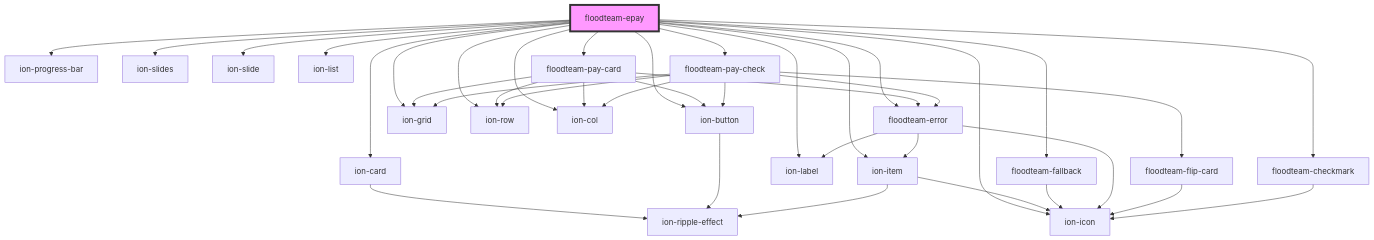
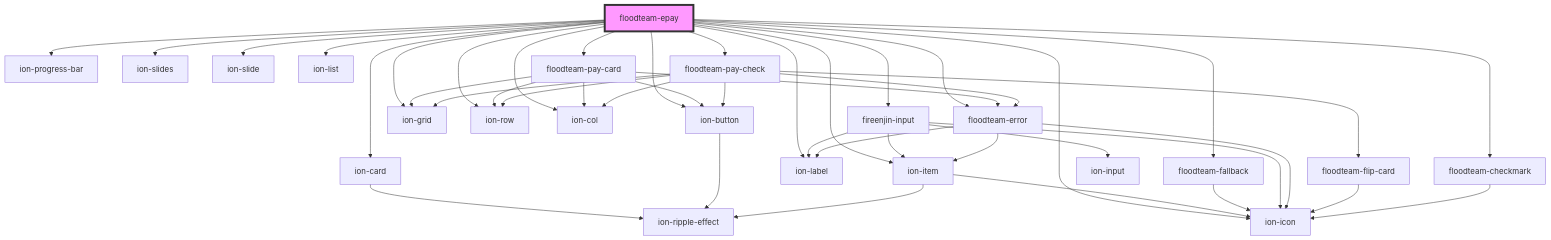
The diagram in src/components/epay/readme.md (FloodTeam/components), drawn with Mermaid before and after one commit. The commit also changed other lines of this file and 8 other files, not shown here.

````diff
--- a/src/components/epay/readme.md
+++ b/src/components/epay/readme.md
@@ -112,42 +113,47 @@
 ```mermaid
 graph TD;
   floodteam-epay --> ion-card
   floodteam-epay --> ion-button
   floodteam-epay --> ion-icon
   floodteam-epay --> ion-progress-bar
   floodteam-epay --> ion-slides
   floodteam-epay --> ion-slide
   floodteam-epay --> ion-grid
   floodteam-epay --> ion-row
   floodteam-epay --> ion-col
   floodteam-epay --> ion-item
   floodteam-epay --> ion-label
   floodteam-epay --> floodteam-fallback
   floodteam-epay --> ion-list
+  floodteam-epay --> fireenjin-input
   floodteam-epay --> floodteam-pay-card
   floodteam-epay --> floodteam-pay-check
   floodteam-epay --> floodteam-error
   floodteam-epay --> floodteam-checkmark
   ion-card --> ion-ripple-effect
   ion-button --> ion-ripple-effect
   ion-item --> ion-icon
   ion-item --> ion-ripple-effect
   floodteam-fallback --> ion-icon
+  fireenjin-input --> ion-input
+  fireenjin-input --> ion-item
+  fireenjin-input --> ion-icon
+  fireenjin-input --> ion-label
   floodteam-pay-card --> floodteam-error
   floodteam-pay-card --> ion-grid
   floodteam-pay-card --> ion-row
   floodteam-pay-card --> ion-col
   floodteam-pay-card --> ion-button
   floodteam-error --> ion-item
   floodteam-error --> ion-icon
   floodteam-error --> ion-label
   floodteam-pay-check --> floodteam-error
   floodteam-pay-check --> floodteam-flip-card
   floodteam-pay-check --> ion-grid
   floodteam-pay-check --> ion-row
   floodteam-pay-check --> ion-col
   floodteam-pay-check --> ion-button
   floodteam-flip-card --> ion-icon
   floodteam-checkmark --> ion-icon
   style floodteam-epay fill:#f9f,stroke:#333,stroke-width:4px
 ```
````
